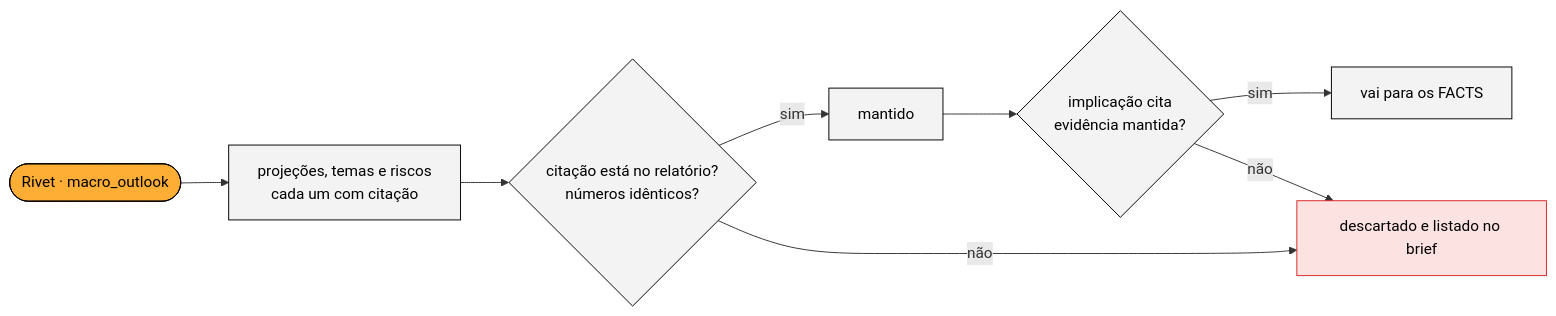
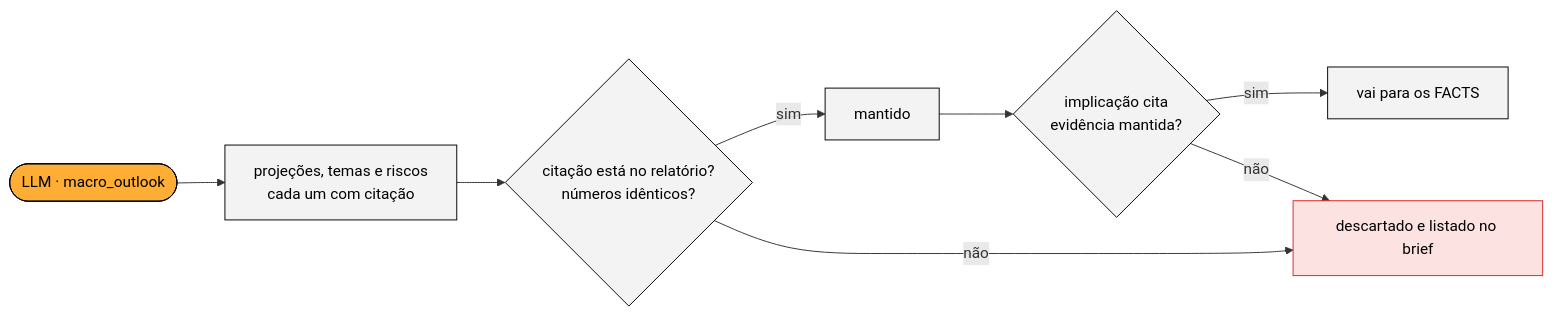
The second of 3 diagrams in docs/06_qualidade_e_travas.md (eu-adrianocarvalho/enter-challenge), drawn with Mermaid before and after one commit. The commit also changed other lines of this file and 35 other files, not shown here.

````diff
--- a/docs/06_qualidade_e_travas.md
+++ b/docs/06_qualidade_e_travas.md
@@ -52,16 +51,16 @@
 ```mermaid
 flowchart LR
-  M(["Rivet · macro_outlook"]) --> I["projeções, temas e riscos<br/>cada um com citação"]
+  M(["LLM · macro_outlook"]) --> I["projeções, temas e riscos<br/>cada um com citação"]
   I --> Q{"citação está no relatório?<br/>números idênticos?"}
   Q -- sim --> K["mantido"]
   Q -- não --> D["descartado e listado no brief"]
   K --> IM{"implicação cita<br/>evidência mantida?"}
   IM -- sim --> K2["vai para os FACTS"]
   IM -- não --> D
   classDef rivet fill:#ffae35,stroke:#000,color:#000
-  classDef py fill:#f3f3f3,stroke:#000,color:#000
+  classDef code fill:#f3f3f3,stroke:#000,color:#000
   classDef bad fill:#fde2e2,stroke:#d62828,color:#000
   class M rivet
-  class I,Q,K,IM,K2 py
+  class I,Q,K,IM,K2 code
   class D bad
 ```
````
